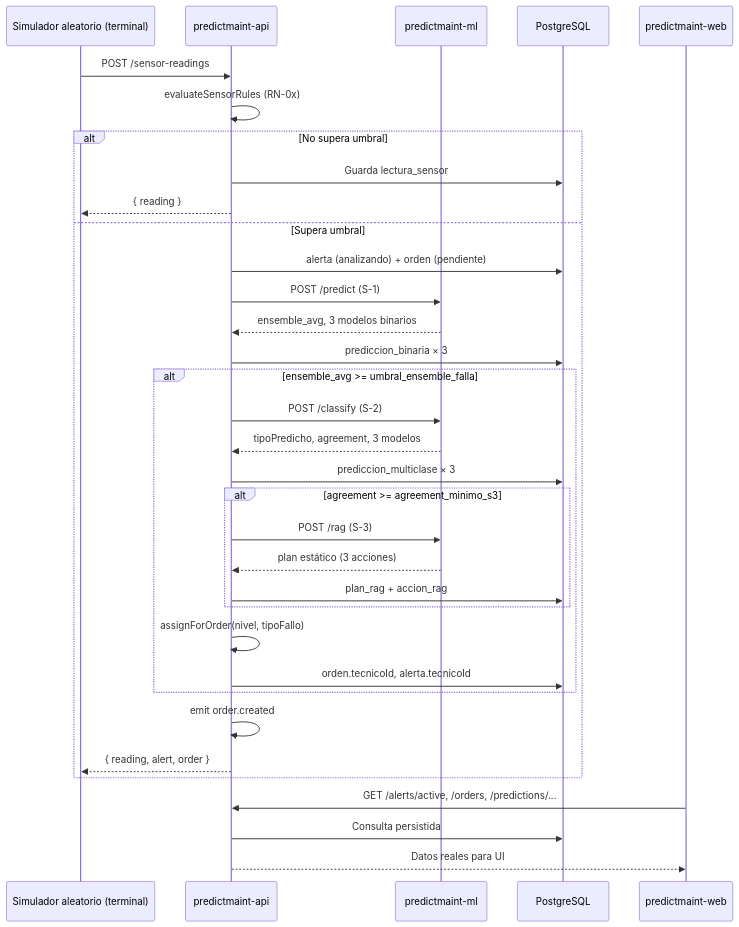
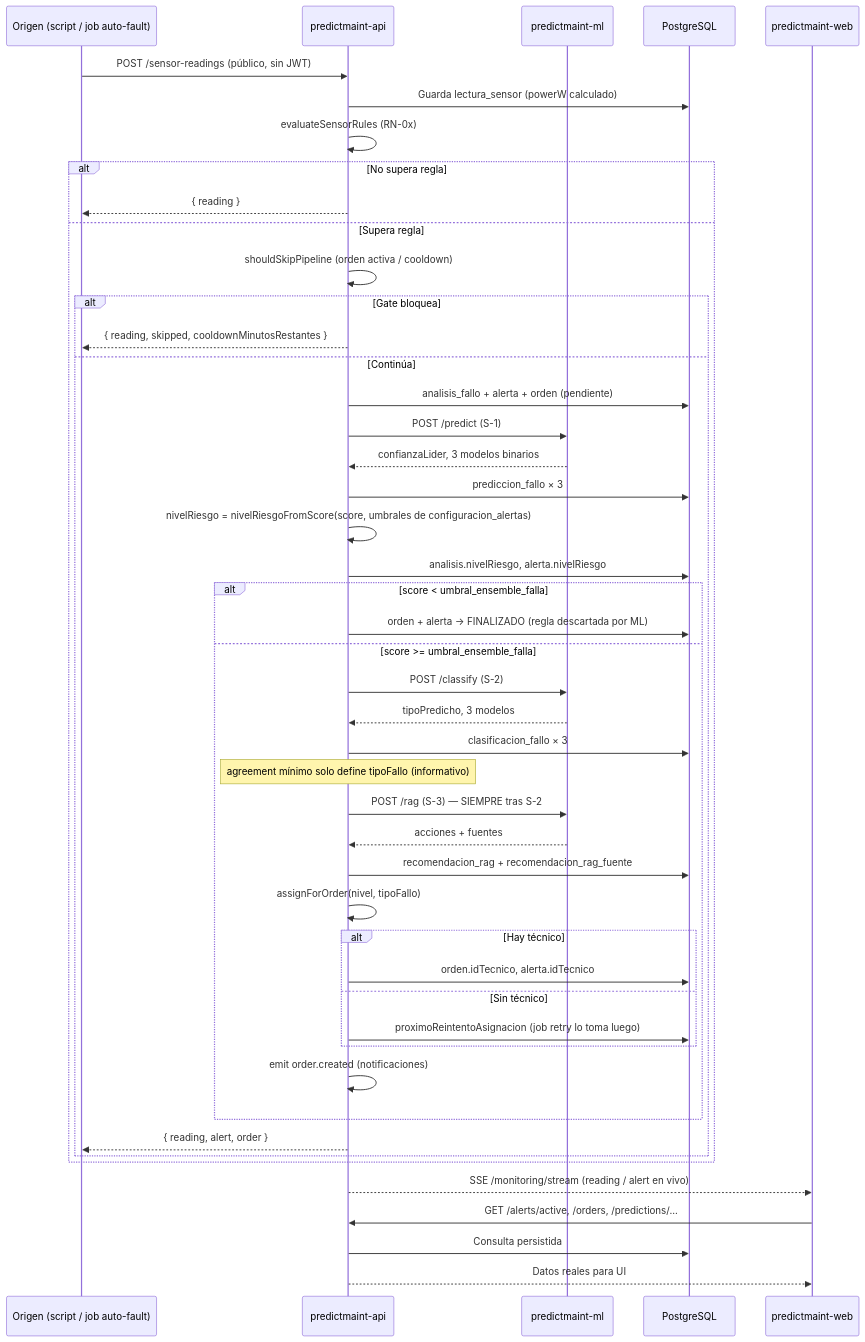
Before and after one commit to avilank/proyecto_unidad2: the diagram in docs/DOCUMENTACION_FLUJO_MONITOREO.md, drawn with Mermaid. The commit also changed other lines of this file and 25 other files, not shown here.

First line of the commit message:
Add Clean Architecture documentation for frontend

````diff
--- a/docs/DOCUMENTACION_FLUJO_MONITOREO.md
+++ b/docs/DOCUMENTACION_FLUJO_MONITOREO.md
@@ -57,37 +67,50 @@
 ```mermaid
 sequenceDiagram
-    participant Sim as Simulador aleatorio (terminal)
+    participant Sim as Origen (script / job auto-fault)
     participant API as predictmaint-api
     participant ML as predictmaint-ml
     participant DB as PostgreSQL
     participant Web as predictmaint-web
 
-    Sim->>API: POST /sensor-readings
+    Sim->>API: POST /sensor-readings (público, sin JWT)
+    API->>DB: Guarda lectura_sensor (powerW calculado)
     API->>API: evaluateSensorRules (RN-0x)
-    alt No supera umbral
-        API->>DB: Guarda lectura_sensor
+    alt No supera regla
         API-->>Sim: { reading }
-    else Supera umbral
-        API->>DB: alerta (analizando) + orden (pendiente)
-        API->>ML: POST /predict (S-1)
-        ML-->>API: ensemble_avg, 3 modelos binarios
-        API->>DB: prediccion_binaria × 3
-        alt ensemble_avg >= umbral_ensemble_falla
-            API->>ML: POST /classify (S-2)
-            ML-->>API: tipoPredicho, agreement, 3 modelos
-            API->>DB: prediccion_multiclase × 3
-            alt agreement >= agreement_minimo_s3
-                API->>ML: POST /rag (S-3)
-                ML-->>API: plan estático (3 acciones)
-                API->>DB: plan_rag + accion_rag
+    else Supera regla
+        API->>API: shouldSkipPipeline (orden activa / cooldown)
+        alt Gate bloquea
+            API-->>Sim: { reading, skipped, cooldownMinutosRestantes }
+        else Continúa
+            API->>DB: analisis_fallo + alerta + orden (pendiente)
+            API->>ML: POST /predict (S-1)
+            ML-->>API: confianzaLider, 3 modelos binarios
+            API->>DB: prediccion_fallo × 3
+            API->>API: nivelRiesgo = nivelRiesgoFromScore(score, umbrales de configuracion_alertas)
+            API->>DB: analisis.nivelRiesgo, alerta.nivelRiesgo
+            alt score < umbral_ensemble_falla
+                API->>DB: orden + alerta → FINALIZADO (regla descartada por ML)
+            else score >= umbral_ensemble_falla
+                API->>ML: POST /classify (S-2)
+                ML-->>API: tipoPredicho, 3 modelos
+                API->>DB: clasificacion_fallo × 3
+                Note over API: agreement mínimo solo define tipoFallo (informativo)
+                API->>ML: POST /rag (S-3) — SIEMPRE tras S-2
+                ML-->>API: acciones + fuentes
+                API->>DB: recomendacion_rag + recomendacion_rag_fuente
+                API->>API: assignForOrder(nivel, tipoFallo)
+                alt Hay técnico
+                    API->>DB: orden.idTecnico, alerta.idTecnico
+                else Sin técnico
+                    API->>DB: proximoReintentoAsignacion (job retry lo toma luego)
+                end
+                API->>API: emit order.created (notificaciones)
             end
-            API->>API: assignForOrder(nivel, tipoFallo)
-            API->>DB: orden.tecnicoId, alerta.tecnicoId
+            API-->>Sim: { reading, alert, order }
         end
-        API->>API: emit order.created
-        API-->>Sim: { reading, alert, order }
     end
+    API-->>Web: SSE /monitoring/stream (reading / alert en vivo)
     Web->>API: GET /alerts/active, /orders, /predictions/...
     API->>DB: Consulta persistida
     API-->>Web: Datos reales para UI
 ```
````
